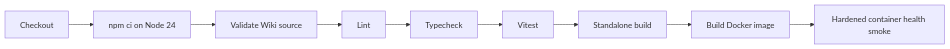
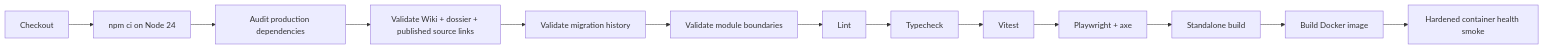
One commit to TannerMidd/Nooklet changed the diagram in docs/wiki/Testing-and-CI.md. Above: the diagram before and after it, drawn with Mermaid. The commit also changed other lines of this file and 351 other files, not shown here.

````diff
--- a/docs/wiki/Testing-and-CI.md
+++ b/docs/wiki/Testing-and-CI.md
@@ -47,11 +58,15 @@
 ```mermaid
 flowchart LR
   Checkout["Checkout"] --> Install["npm ci on Node 24"]
-  Install --> Docs["Validate Wiki source"]
-  Docs --> Lint["Lint"]
+  Install --> Audit["Audit production dependencies"]
+  Audit --> Docs["Validate Wiki + dossier + published source links"]
+  Docs --> Migrations["Validate migration history"]
+  Migrations --> Boundaries["Validate module boundaries"]
+  Boundaries --> Lint["Lint"]
   Lint --> Types["Typecheck"]
   Types --> Tests["Vitest"]
-  Tests --> Build["Standalone build"]
+  Tests --> Browser["Playwright + axe"]
+  Browser --> Build["Standalone build"]
   Build --> Image["Build Docker image"]
   Image --> Smoke["Hardened container health smoke"]
 ```
````
